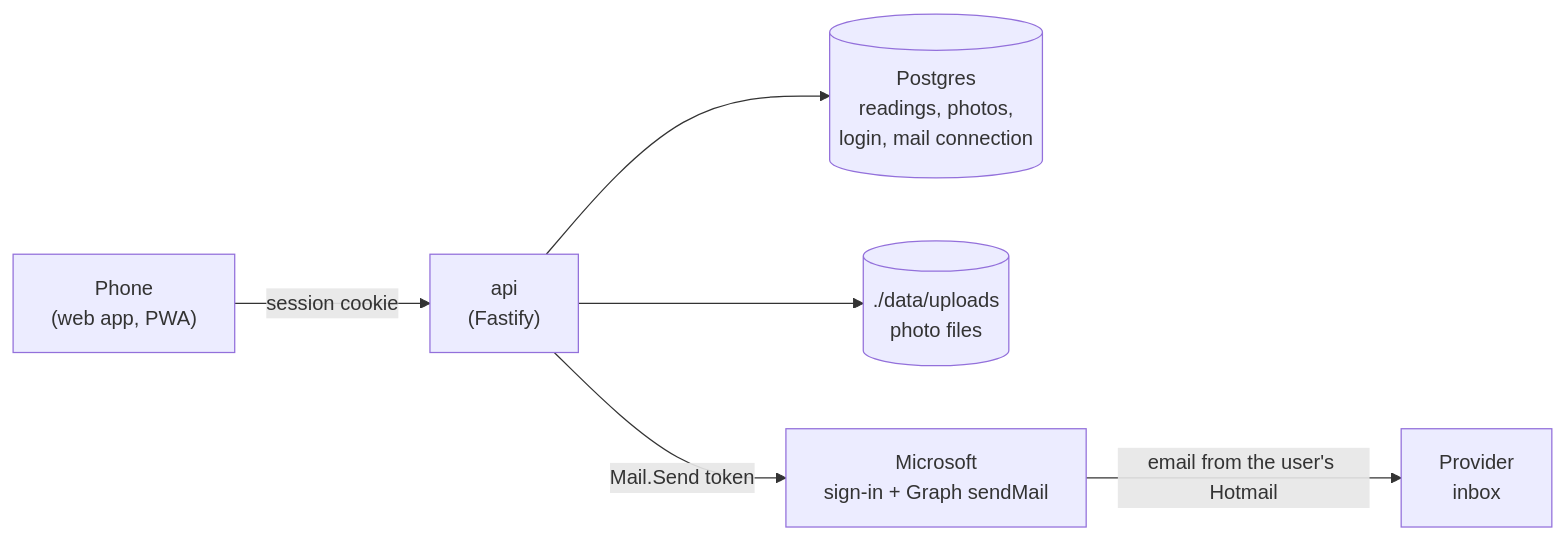
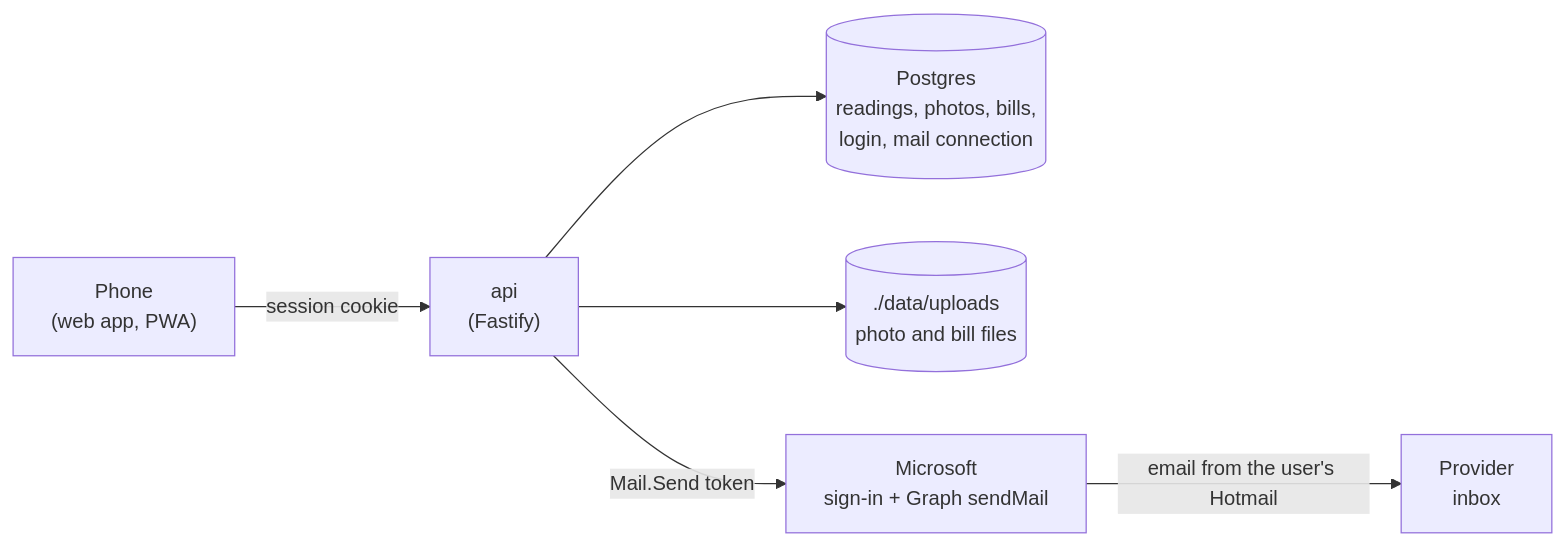
Before and after one commit to MarioWork/meter-reader: the first of 4 diagrams in docs/flow.md, drawn with Mermaid. The commit also changed 61 other files, not shown here.

````diff
--- a/docs/flow.md
+++ b/docs/flow.md
@@ -7,15 +7,15 @@
 ```mermaid
 flowchart LR
     phone["Phone<br/>(web app, PWA)"]
     api["api<br/>(Fastify)"]
-    db[("Postgres<br/>readings, photos,<br/>login, mail connection")]
-    uploads[("./data/uploads<br/>photo files")]
+    db[("Postgres<br/>readings, photos, bills,<br/>login, mail connection")]
+    uploads[("./data/uploads<br/>photo and bill files")]
     ms["Microsoft<br/>sign-in + Graph sendMail"]
     provider["Provider<br/>inbox"]
 
     phone -- "session cookie" --> api
     api --> db
     api --> uploads
     api -- "Mail.Send token" --> ms
     ms -- "email from the user's Hotmail" --> provider
 ```
````
